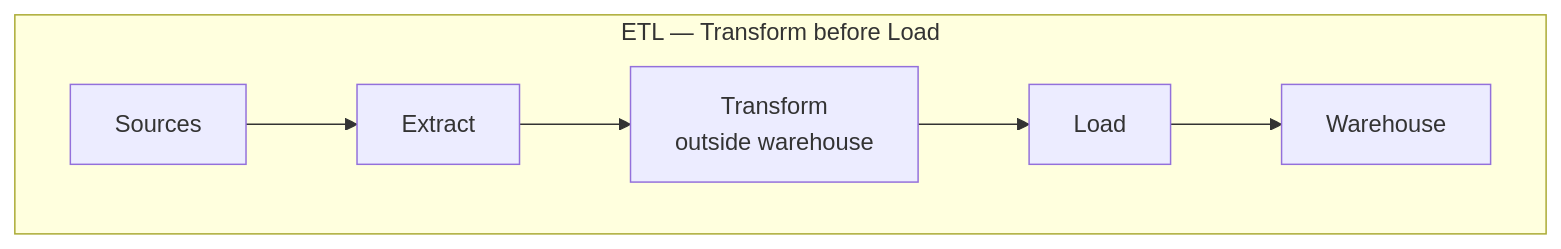
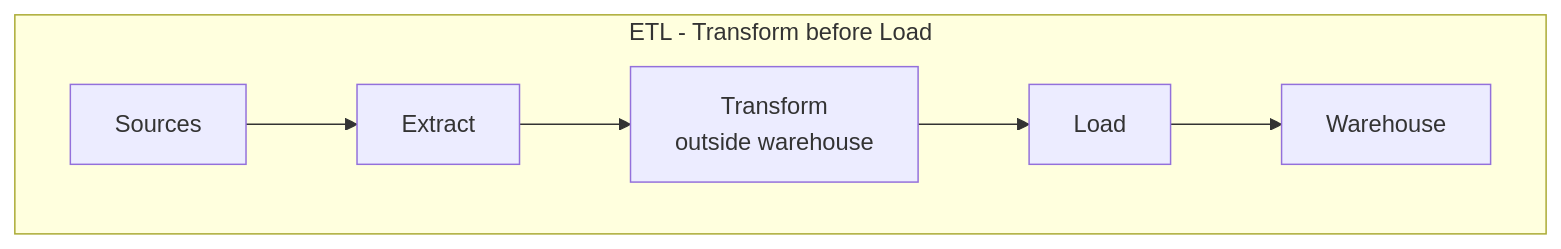
The seventh of 23 diagrams in data-architecture/data-warehouse.md (adnanrahin/adnanrahin.github.io), drawn with Mermaid before and after one commit. The commit also changed other lines of this file and 14 other files, not shown here.

Commit message:
updated the flowchart

````diff
--- a/data-architecture/data-warehouse.md
+++ b/data-architecture/data-warehouse.md
@@ -257,7 +257,7 @@
 ```mermaid
 flowchart LR
-    subgraph ETL["ETL — Transform before Load"]
+    subgraph ETL["ETL - Transform before Load"]
         direction LR
         S1["Sources"] --> E1["Extract"] --> T1["Transform<br/>outside warehouse"] --> L1["Load"] --> DW1["Warehouse"]
     end
 ```
````
